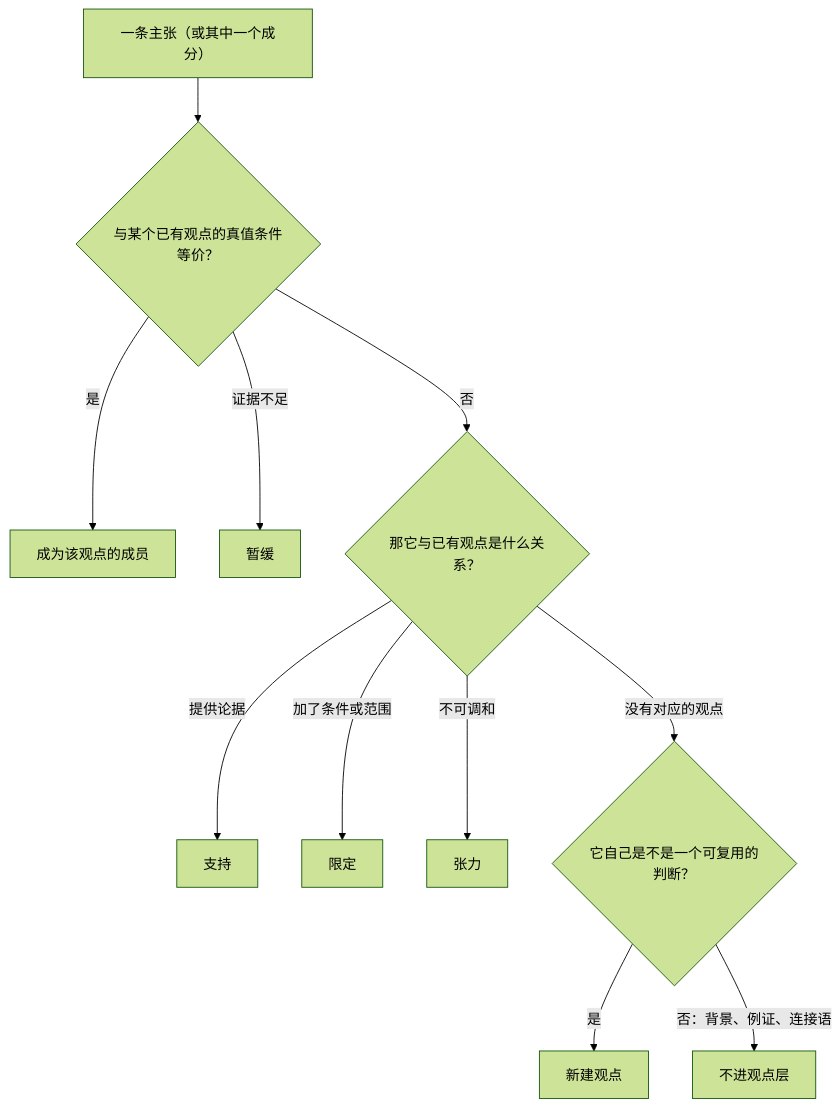
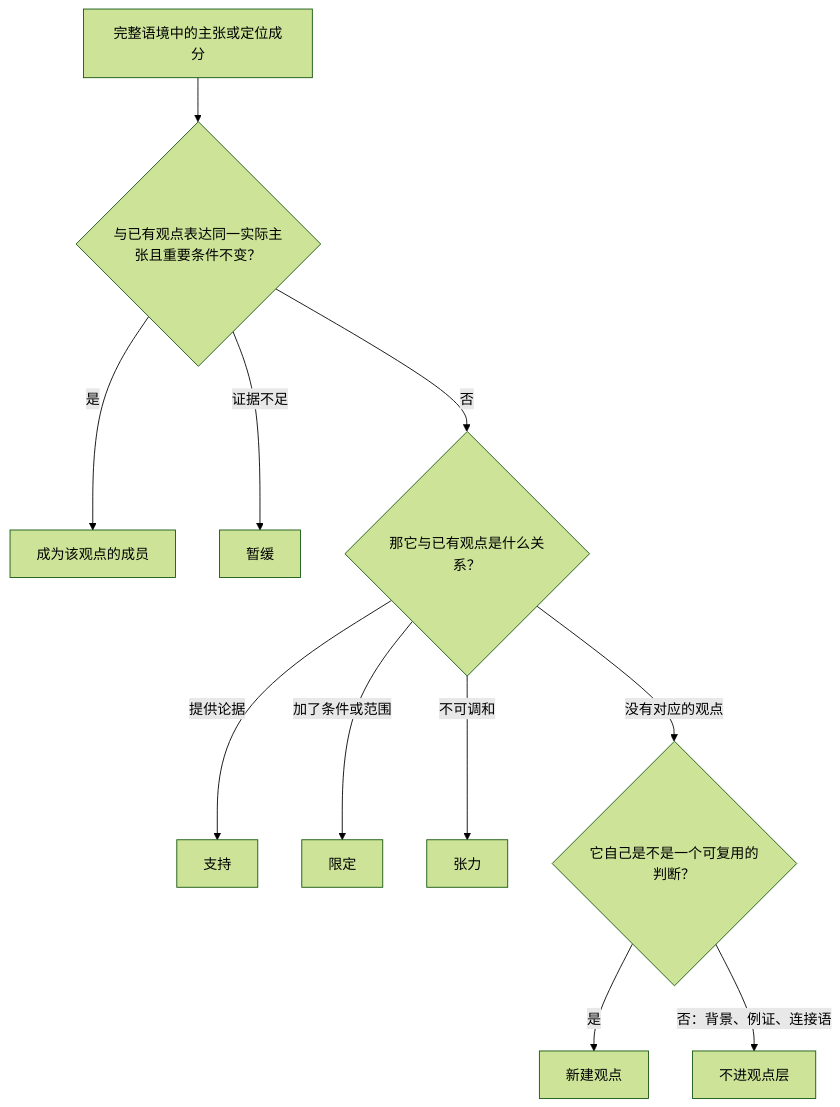
The third of 4 diagrams in docs/wang-knowledge-platform/20-knowledge/canonical_viewpoint_design.md (junyang168/smart-answer), drawn with Mermaid (forest theme) before and after one commit. The commit also changed other lines of this file and 30 other files, not shown here.

````diff
--- a/docs/wang-knowledge-platform/20-knowledge/canonical_viewpoint_design.md
+++ b/docs/wang-knowledge-platform/20-knowledge/canonical_viewpoint_design.md
@@ -192,13 +194,13 @@
 ```mermaid
 flowchart TD
-    C["一条主张（或其中一个成分）"] --> Q{"与某个已有观点的真值条件等价？"}
+    C["完整语境中的主张或定位成分"] --> Q{"与已有观点表达同一实际主张且重要条件不变？"}
     Q -->|"是"| M["成为该观点的成员"]
     Q -->|"证据不足"| D["暂缓"]
     Q -->|"否"| R{"那它与已有观点是什么关系？"}
     R -->|"提供论据"| S["支持"]
     R -->|"加了条件或范围"| L["限定"]
     R -->|"不可调和"| T["张力"]
     R -->|"没有对应的观点"| N{"它自己是不是一个可复用的判断？"}
     N -->|"是"| V["新建观点"]
     N -->|"否：背景、例证、连接语"| Z["不进观点层"]
 ```
````
